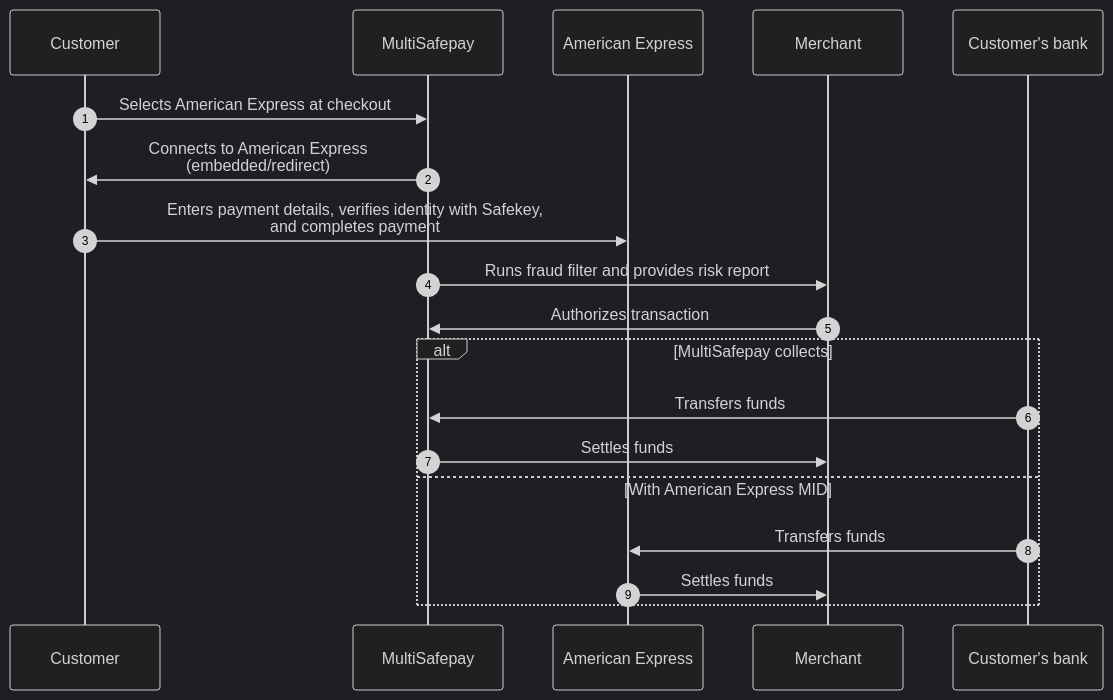
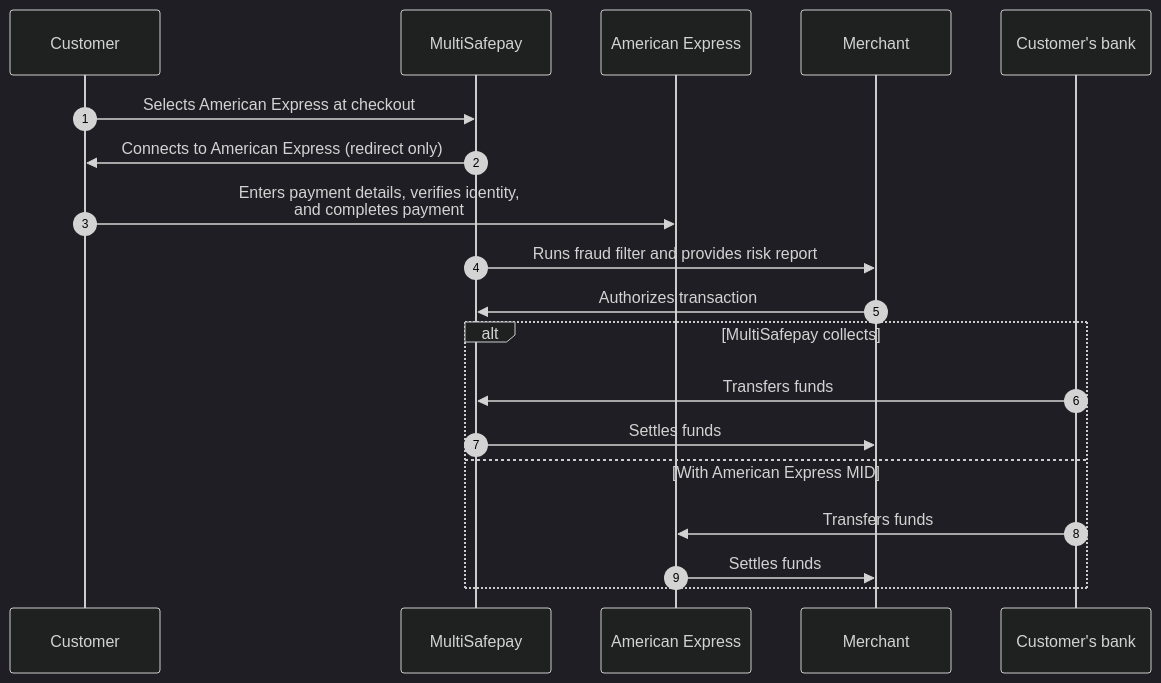
One commit to MultiSafepay/docs changed the diagram in content/payments/methods/credit-and-debit-cards/american-express/payment-flow.md. Above: the diagram before and after it, drawn with Mermaid (dark theme). The commit also changed other lines of this file and 253 other files, not shown here.

```diff
--- a/content/payments/methods/credit-and-debit-cards/american-express/payment-flow.md
+++ b/content/payments/methods/credit-and-debit-cards/american-express/payment-flow.md
@@ -14,25 +14,25 @@
 {{< mermaid class="text-center" >}}
 
 sequenceDiagram
     autonumber
     participant C as Customer
     participant Mu as MultiSafepay
     participant A as American Express
     participant Me as Merchant
     participant CB as Customer's bank
 
     C->>Mu: Selects American Express at checkout
-    Mu->>C: Connects to American Express <br> (embedded/redirect)
-    C->>A: Enters payment details, verifies identity with Safekey, <br> and completes payment
+    Mu->>C: Connects to American Express (redirect only)
+    C->>A: Enters payment details, verifies identity, <br> and completes payment
     Mu->>Me: Runs fraud filter and provides risk report
     Me->>Mu: Authorizes transaction
     alt MultiSafepay collects
         CB->>Mu: Transfers funds 
         Mu->>Me: Settles funds
     else With American Express MID
         CB->>A: Transfers funds
         A->>Me: Settles funds
     end
     
 
 {{< /mermaid >}}
```
